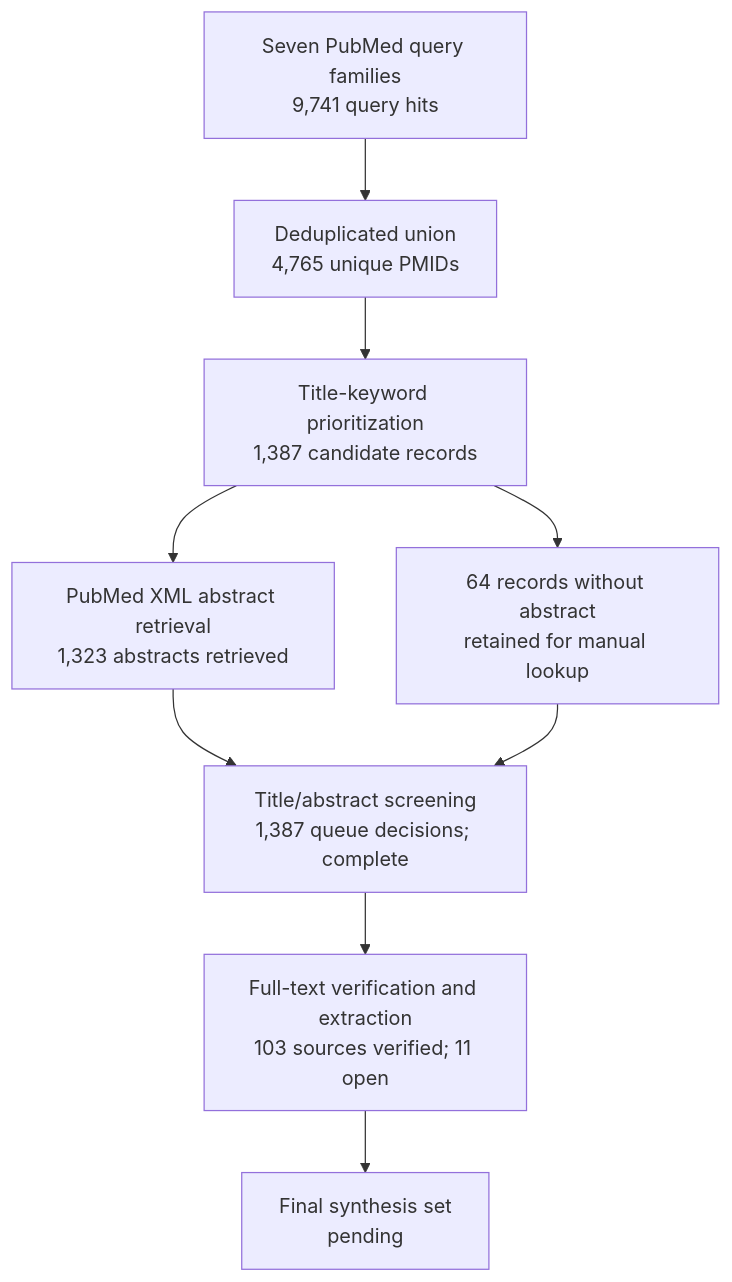
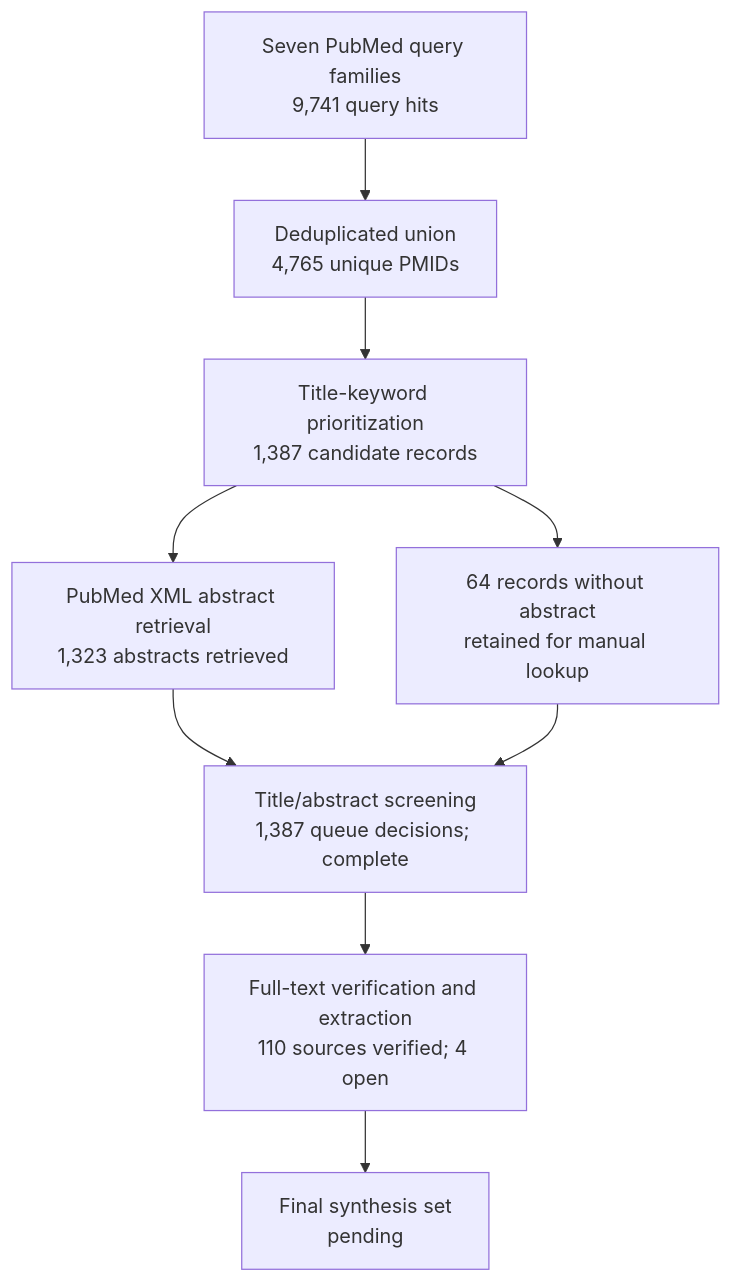
Before and after one commit to dcmcshan/artemisia: the diagram in manuscript/review-flow.md, drawn with Mermaid. The commit also changed other lines of this file and 12 other files, not shown here.

````diff
--- a/manuscript/review-flow.md
+++ b/manuscript/review-flow.md
@@ -5,11 +5,11 @@
 ```mermaid
 flowchart TB
   Q[Seven PubMed query families<br/>9,741 query hits] --> U[Deduplicated union<br/>4,765 unique PMIDs]
   U --> T[Title-keyword prioritization<br/>1,387 candidate records]
   T --> A[PubMed XML abstract retrieval<br/>1,323 abstracts retrieved]
   T --> N[64 records without abstract<br/>retained for manual lookup]
   A --> M[Title/abstract screening<br/>1,387 queue decisions; complete]
   N --> M
-  M --> F[Full-text verification and extraction<br/>103 sources verified; 11 open]
+  M --> F[Full-text verification and extraction<br/>110 sources verified; 4 open]
   F --> S[Final synthesis set<br/>pending]
 ```
````
